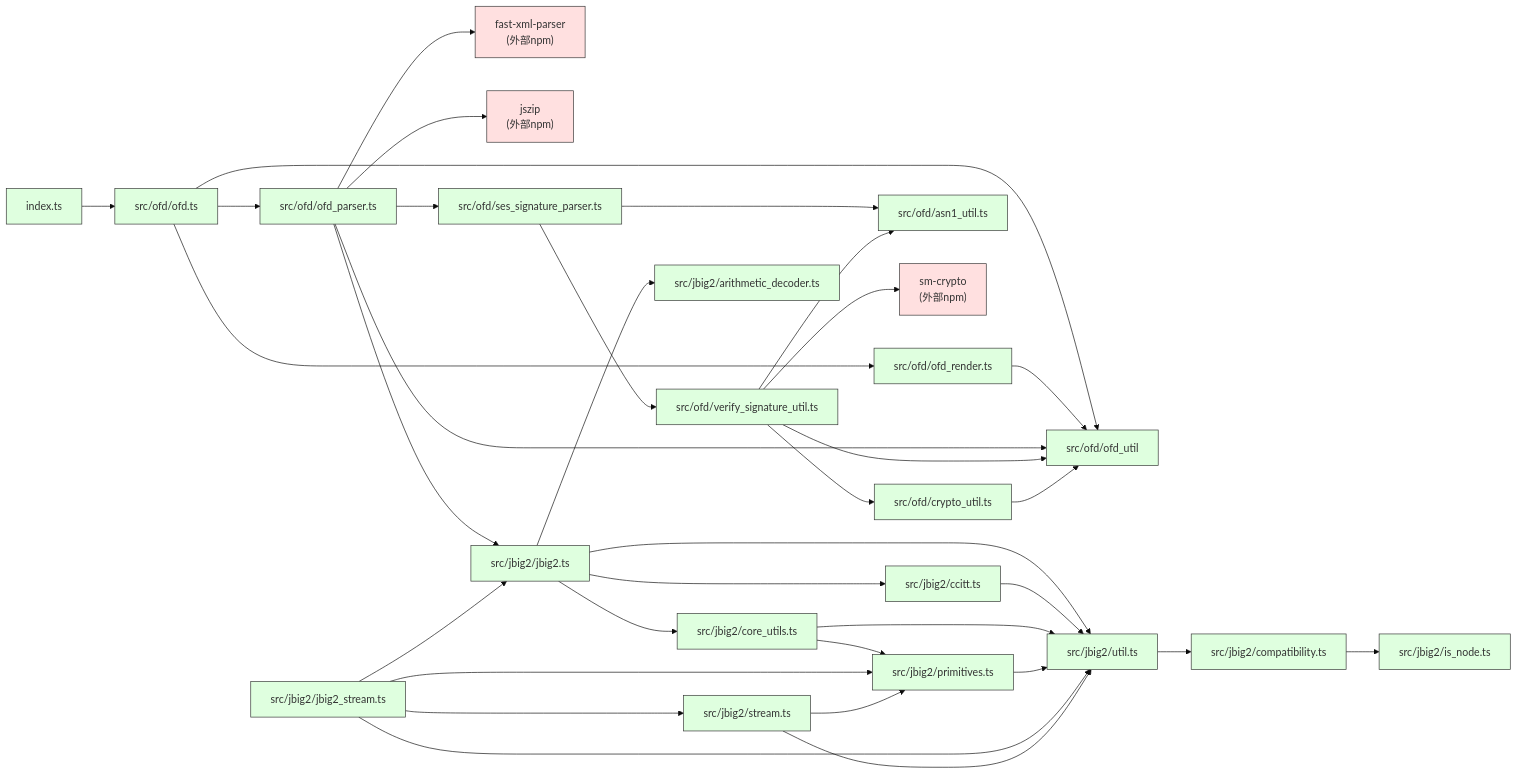
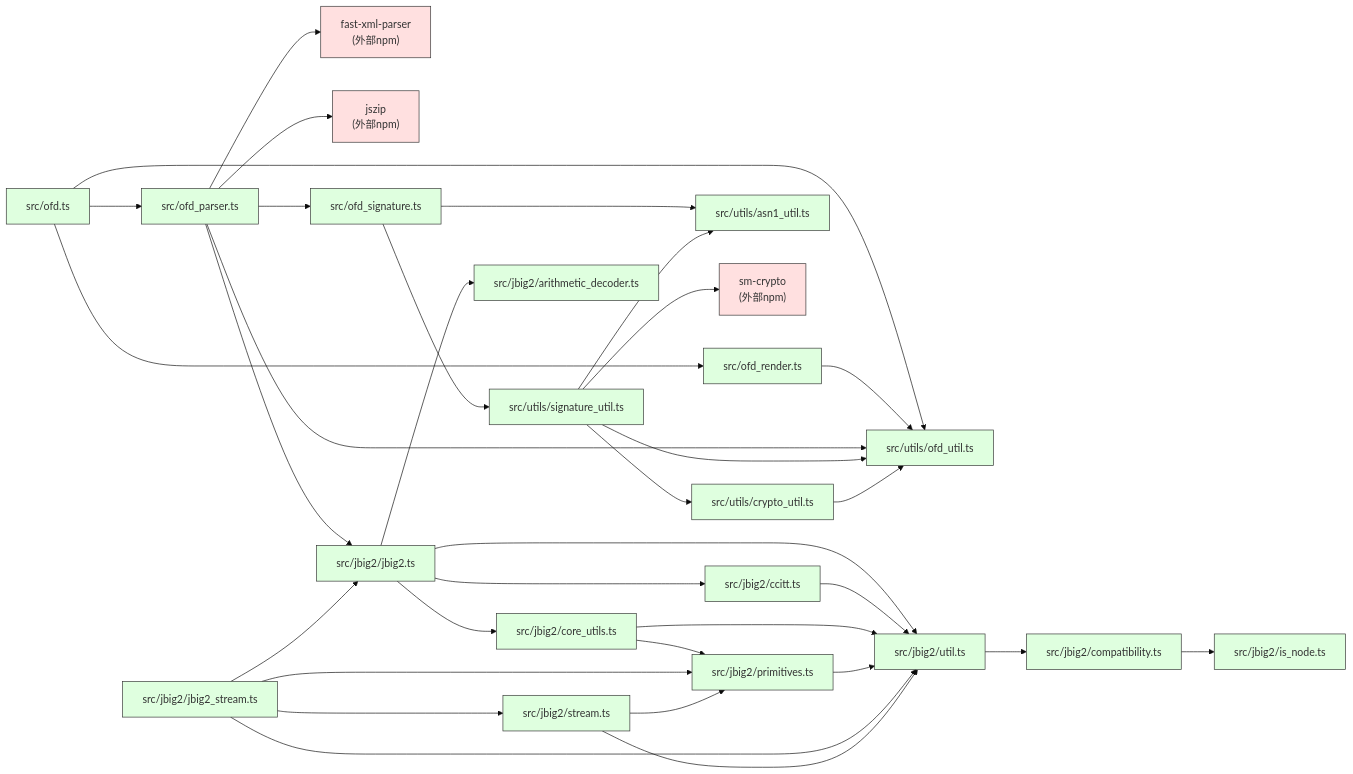
Before and after one commit to c5soft/ofd.js: the diagram in DEPENDENCY_TREE.md, drawn with Mermaid (base theme). The commit also changed other lines of this file and 20 other files, not shown here.

````diff
--- a/DEPENDENCY_TREE.md
+++ b/DEPENDENCY_TREE.md
@@ -9,53 +9,51 @@
 ```mermaid
 flowchart LR
-    A[index.ts] --> B[src/ofd/ofd.ts]
+    A[src/ofd.ts] --> B[src/ofd_render.ts]
+    A --> C[src/ofd_parser.ts]
+    A --> D[src/utils/ofd_util.ts]
 
-    B --> C[src/ofd/ofd_render.ts]
-    B --> D[src/ofd/ofd_parser.ts]
-    B --> E[src/ofd/ofd_util]
+    B --> D
 
-    C --> E
+    C --> G["fast-xml-parser\n(外部npm)"]
+    C --> H["jszip\n(外部npm)"]
+    C --> D
+    C --> I[src/jbig2/jbig2.ts]
+    C --> J[src/ofd_signature.ts]
 
-    D --> G["fast-xml-parser\n(外部npm)"]
-    D --> H["jszip\n(外部npm)"]
-    D --> E
-    D --> I[src/jbig2/jbig2.ts]
-    D --> J[src/ofd/ses_signature_parser.ts]
-
-    J --> K[src/ofd/asn1_util.ts]
-    J --> N[src/ofd/verify_signature_util.ts]
+    J --> K[src/utils/asn1_util.ts]
+    J --> N[src/utils/signature_util.ts]
 
     N --> O["sm-crypto\n(外部npm)"]
-    N --> P[src/ofd/crypto_util.ts]
-    N --> E
+    N --> P[src/utils/crypto_util.ts]
+    N --> D
     N --> K
 
-    P --> E
+    P --> D
 
     I --> T[src/jbig2/util.ts]
     I --> U[src/jbig2/core_utils.ts]
     I --> V[src/jbig2/arithmetic_decoder.ts]
     I --> W[src/jbig2/ccitt.ts]
 
     W --> T
     U --> T
     U --> X[src/jbig2/primitives.ts]
     X --> T
 
     Y[src/jbig2/jbig2_stream.ts] --> X
     Y --> Z[src/jbig2/stream.ts]
     Y --> I
     Y --> T
 
     Z --> T
     Z --> X
 
     T --> AA[src/jbig2/compatibility.ts]
     AA --> AB[src/jbig2/is_node.ts]
 
     %% 样式分组
     classDef internal fill:#dfffdf,stroke:#333,stroke-width:1px;
     classDef external fill:#ffe0e0,stroke:#333,stroke-width:1px;
-    class A,B,C,D,E,I,J,K,N,P,T,U,V,W,X,Y,Z,AA,AB internal;
+    class A,B,C,D,I,J,K,N,P,T,U,V,W,X,Y,Z,AA,AB internal;
     class G,H,O external;
 ```
````
